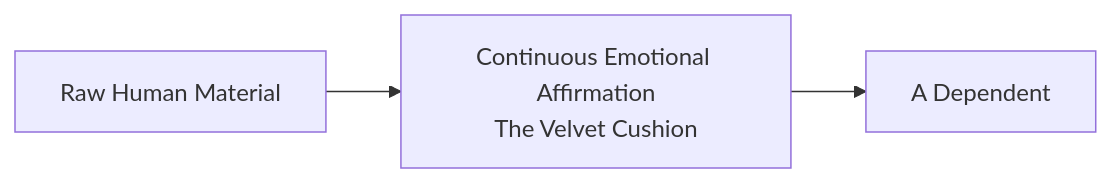
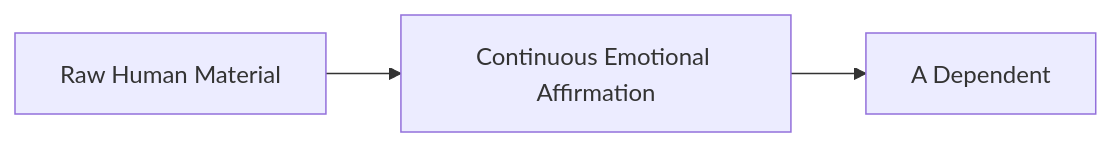
One commit to maldfrey/whitepapers changed the fourth of 6 diagrams in papers/law-and-miseducation.md. Above: the diagram before and after it, drawn with Mermaid. The commit also changed other lines of this file, not shown here.

````diff
--- a/papers/law-and-miseducation.md
+++ b/papers/law-and-miseducation.md
@@ -101,5 +101,5 @@
 ```mermaid
 graph LR
-    A[Raw Human Material] --> B[Continuous Emotional Affirmation<br>The Velvet Cushion]
+    A[Raw Human Material] --> B[Continuous Emotional Affirmation]
     B --> C[A Dependent]
 ```
````
